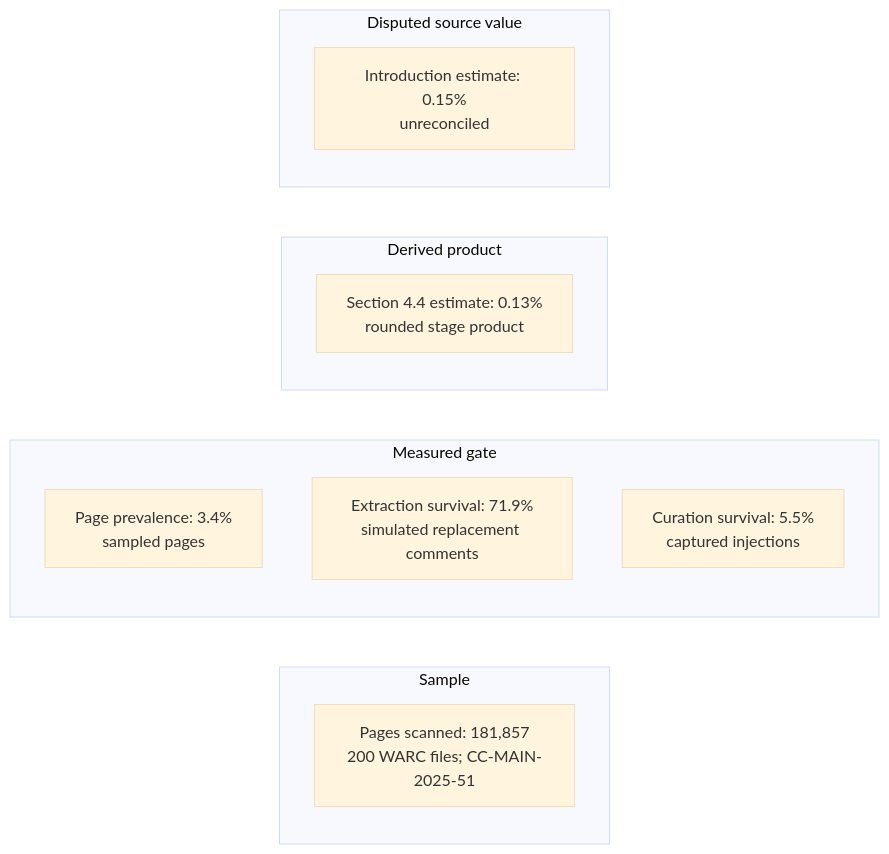
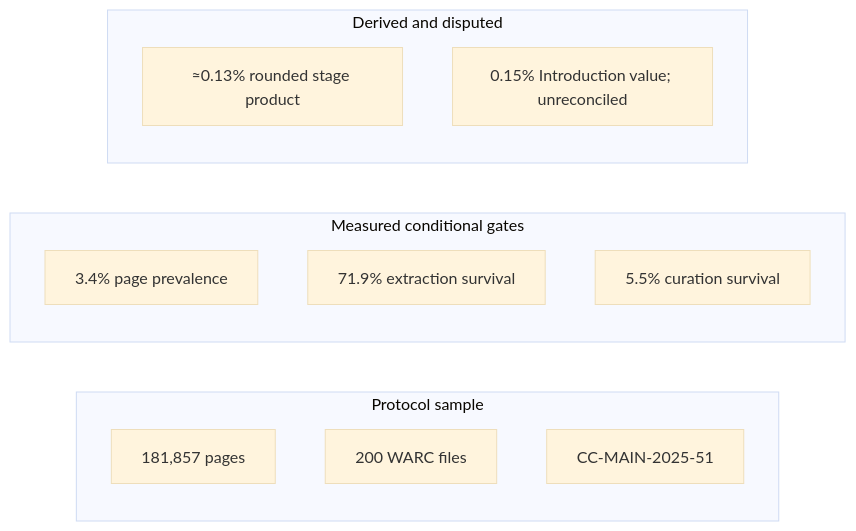
Before and after one commit to Betancourt1/paper_atlas: diagram 30 of 48 in docs/visual-manifests/VISUAL_MANIFEST_COMPUTATIONAL_PROPAGANDA.md, drawn with Mermaid (base theme). The commit also changed other lines of this file and 7 other files, not shown here.

````diff
--- a/docs/visual-manifests/VISUAL_MANIFEST_COMPUTATIONAL_PROPAGANDA.md
+++ b/docs/visual-manifests/VISUAL_MANIFEST_COMPUTATIONAL_PROPAGANDA.md
@@ -2513,17 +2508,17 @@
 ```mermaid
 flowchart LR
-  subgraph p1["Sample"]
-    p1r1["Pages scanned: 181,857<br/>200 WARC files; CC-MAIN-2025-51"]
+  subgraph g1["Protocol sample"]
+    g1i1["181,857 pages"]
+    g1i2["200 WARC files"]
+    g1i3["CC-MAIN-2025-51"]
   end
-  subgraph p2["Measured gate"]
-    p2r1["Page prevalence: 3.4%<br/>sampled pages"]
-    p2r2["Extraction survival: 71.9%<br/>simulated replacement comments"]
-    p2r3["Curation survival: 5.5%<br/>captured injections"]
+  subgraph g2["Measured conditional gates"]
+    g2i1["3.4% page prevalence"]
+    g2i2["71.9% extraction survival"]
+    g2i3["5.5% curation survival"]
   end
-  subgraph p3["Derived product"]
-    p3r1["Section 4.4 estimate: 0.13%<br/>rounded stage product"]
-  end
-  subgraph p4["Disputed source value"]
-    p4r1["Introduction estimate: 0.15%<br/>unreconciled"]
+  subgraph g3["Derived and disputed"]
+    g3i1["≈0.13% rounded stage product"]
+    g3i2["0.15% Introduction value; unreconciled"]
   end
 ```
````
